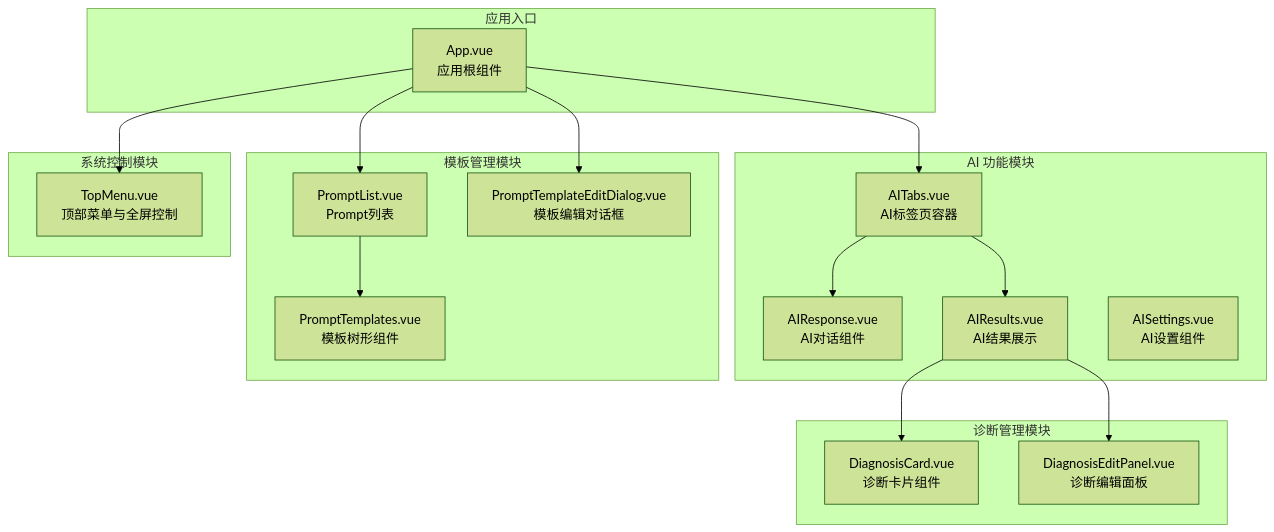
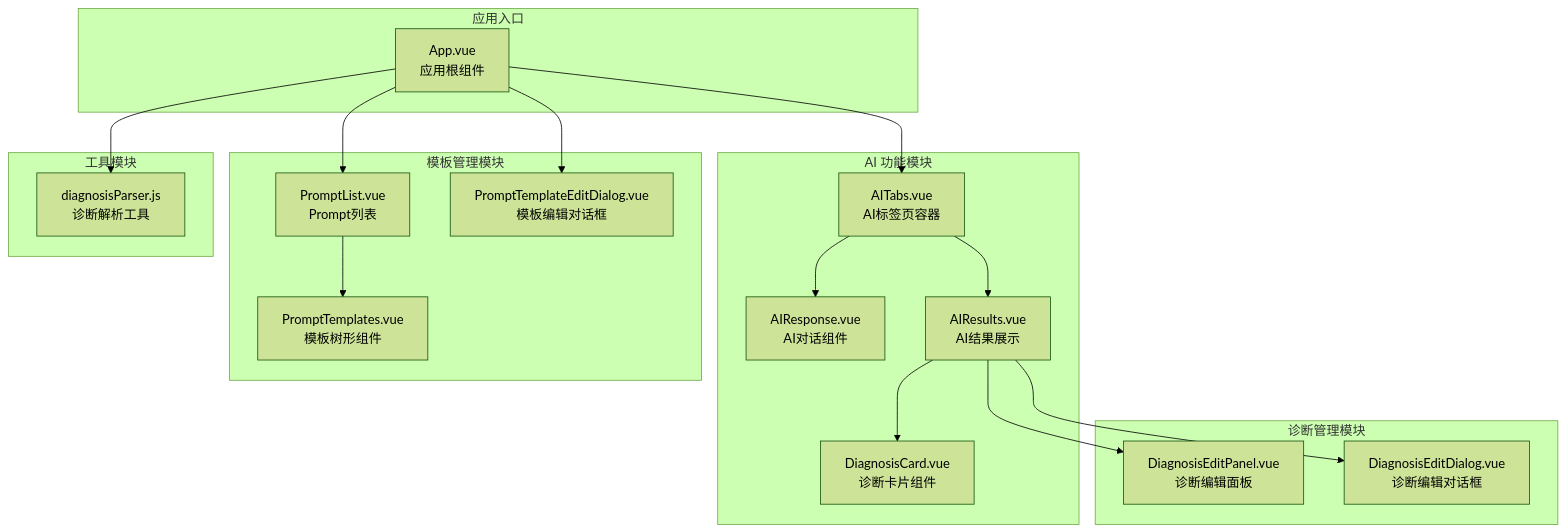
One commit to liuzh2008/med_ai_assistant_workspace changed the first of 12 diagrams in .qoder/repowiki/zh/content/Vue Component Documentation/Vue Component Documentation.md. Above: the diagram before and after it, drawn with Mermaid (forest theme). The commit also changed other lines of this file and 14 other files, not shown here.

````diff
--- a/.qoder/repowiki/zh/content/Vue Component Documentation/Vue Component Documentation.md
+++ b/.qoder/repowiki/zh/content/Vue Component Documentation/Vue Component Documentation.md
@@ -49,33 +57,34 @@
 ```mermaid
 graph TB
 subgraph "应用入口"
 App[App.vue<br/>应用根组件]
 end
 subgraph "AI 功能模块"
 AITabs[AITabs.vue<br/>AI标签页容器]
 AIResponse[AIResponse.vue<br/>AI对话组件]
 AIResults[AIResults.vue<br/>AI结果展示]
-AISettings[AISettings.vue<br/>AI设置组件]
+DiagnosisCard[DiagnosisCard.vue<br/>诊断卡片组件]
 end
 subgraph "诊断管理模块"
-DiagnosisCard[DiagnosisCard.vue<br/>诊断卡片组件]
 DiagnosisEditPanel[DiagnosisEditPanel.vue<br/>诊断编辑面板]
+DiagnosisEditDialog[DiagnosisEditDialog.vue<br/>诊断编辑对话框]
 end
 subgraph "模板管理模块"
 PromptList[PromptList.vue<br/>Prompt列表]
 PromptTemplates[PromptTemplates.vue<br/>模板树形组件]
 PromptTemplateEditDialog[PromptTemplateEditDialog.vue<br/>模板编辑对话框]
 end
-subgraph "系统控制模块"
-TopMenu[TopMenu.vue<br/>顶部菜单与全屏控制]
+subgraph "工具模块"
+diagnosisParser[diagnosisParser.js<br/>诊断解析工具]
 end
 App --> AITabs
 AITabs --> AIResponse
 AITabs --> AIResults
+AIResults --> DiagnosisCard
 AIResults --> DiagnosisEditPanel
-AIResults --> DiagnosisCard
+AIResults --> DiagnosisEditDialog
 App --> PromptList
 PromptList --> PromptTemplates
 App --> PromptTemplateEditDialog
-App --> TopMenu
+App --> diagnosisParser
 ```
````
